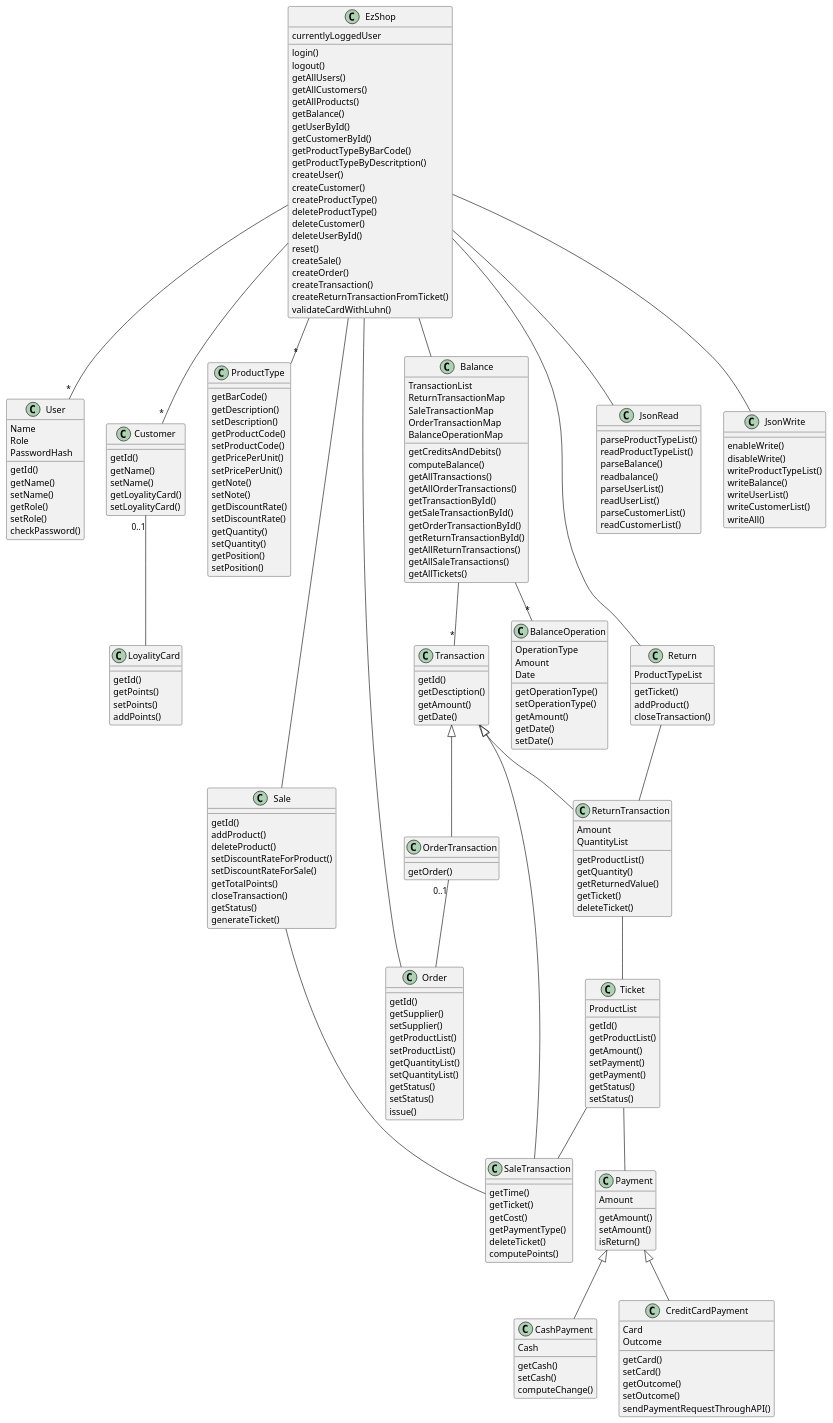
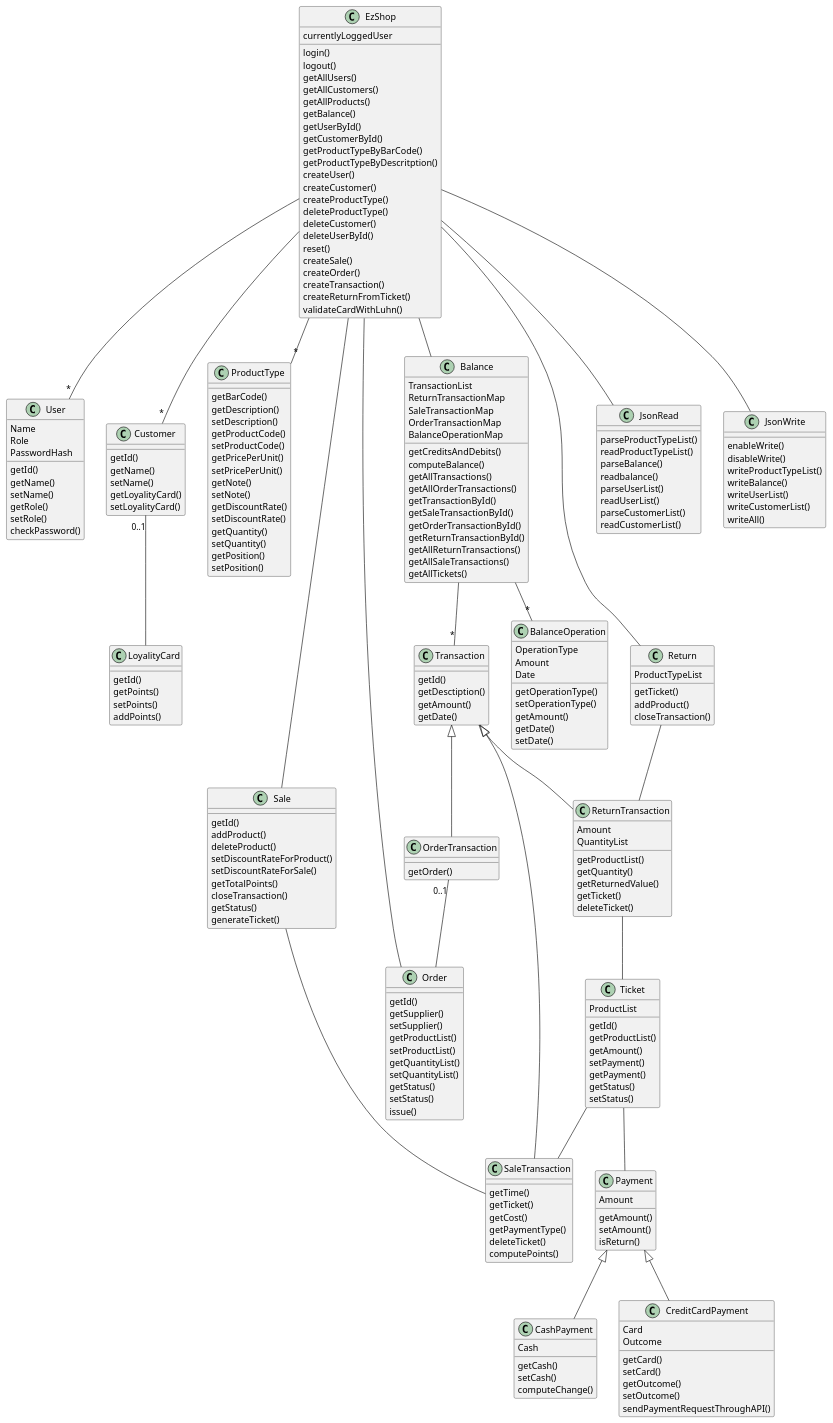
Before and after one commit to paolotron/EzshoProject31: the second of 4 diagrams in Deliverables/DesignDocument.md, drawn with PlantUML.

```diff
--- a/Deliverables/DesignDocument.md
+++ b/Deliverables/DesignDocument.md
@@ -78,7 +78,7 @@
     createSale()
     createOrder()
     createTransaction()
-    createReturnTransactionFromTicket()
+    createReturnFromTicket()
     validateCardWithLuhn()
     currentlyLoggedUser
 }
```
